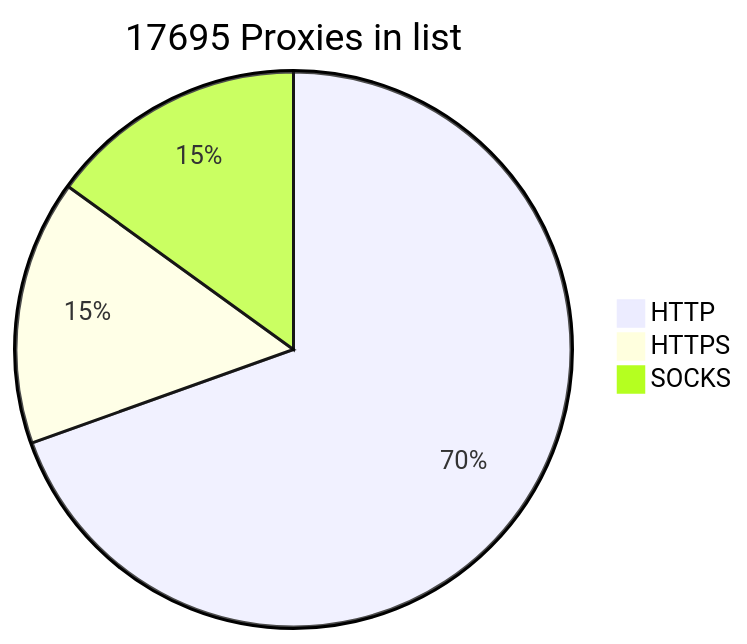
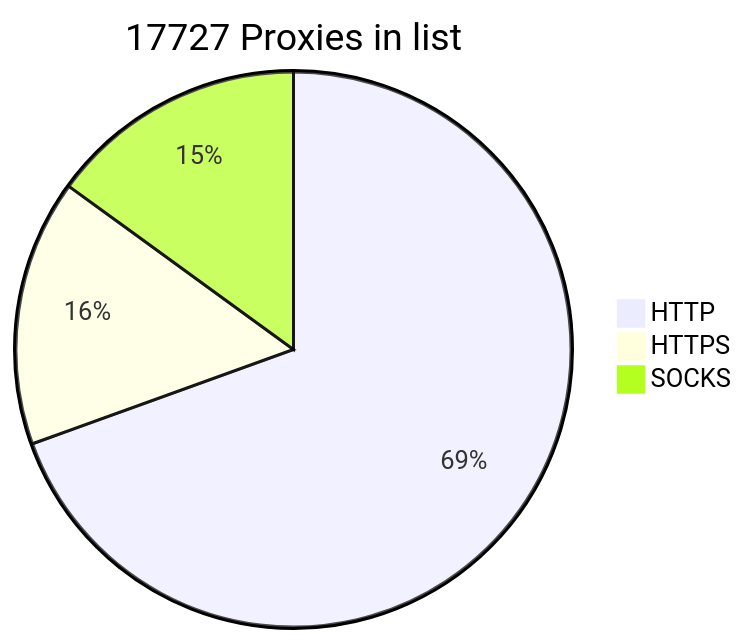
Before and after one commit to BlackSnowDot/proxylist-update-every-minute: the diagram in README.md, drawn with Mermaid.

````diff
--- a/README.md
+++ b/README.md
@@ -2,6 +2,6 @@
 ```mermaid
-pie title 17695 Proxies in list
-    "HTTP" : 13249
-    "HTTPS": 2940
+pie title 17727 Proxies in list
+    "HTTP" : 13269
+    "HTTPS": 2963
     "SOCKS" : 2864
 ```
````
